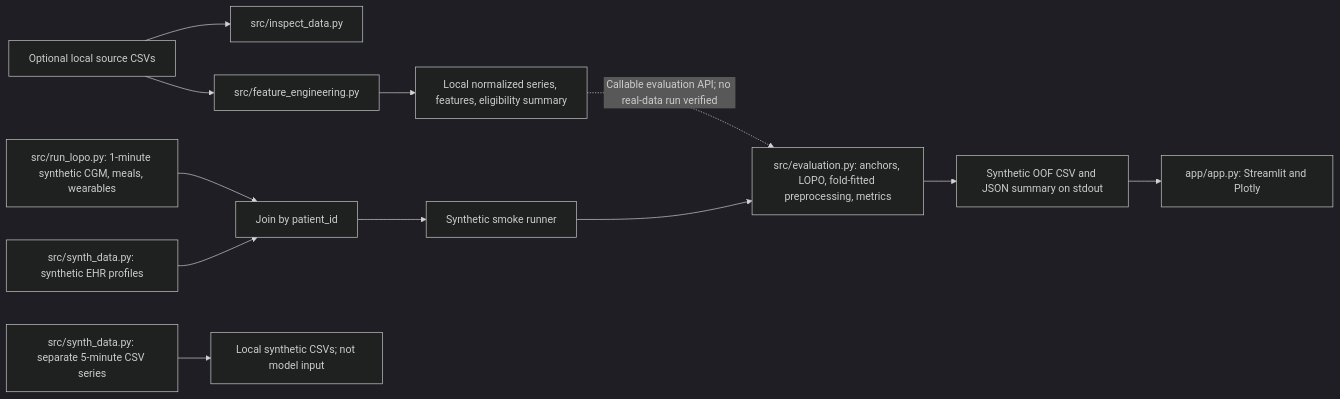
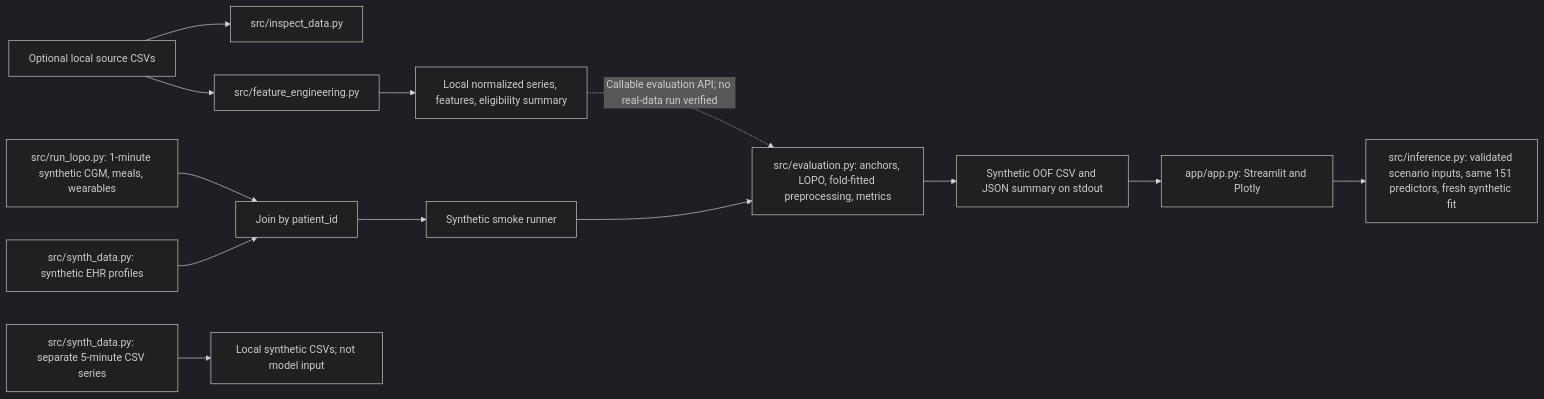
One commit to AP24110011041/glucotwin-india changed the diagram in docs/competition_submission.md. Above: the diagram before and after it, drawn with Mermaid (dark theme). The commit also changed other lines of this file and 42 other files, not shown here.

Commit message:
Add synthetic scenario inference and finalize submission package

````diff
--- a/docs/competition_submission.md
+++ b/docs/competition_submission.md
@@ -7,14 +7,15 @@
 ```mermaid
 flowchart LR
     Source["Optional local source CSVs"] --> Inspect["src/inspect_data.py"]
     Source --> Engineer["src/feature_engineering.py"]
     Engineer --> LocalFeatures["Local normalized series, features, eligibility summary"]
     Profiles["src/synth_data.py: synthetic EHR profiles"] --> Join["Join by patient_id"]
     Dynamic["src/run_lopo.py: 1-minute synthetic CGM, meals, wearables"] --> Join
     Join --> Runner["Synthetic smoke runner"]
     Generator["src/synth_data.py: separate 5-minute CSV series"] --> SyntheticFiles["Local synthetic CSVs; not model input"]
     Runner --> Eval["src/evaluation.py: anchors, LOPO, fold-fitted preprocessing, metrics"]
     Eval --> Artifacts["Synthetic OOF CSV and JSON summary on stdout"]
     Artifacts --> Dashboard["app/app.py: Streamlit and Plotly"]
+    Dashboard --> Scenario["src/inference.py: validated scenario inputs, same 151 predictors, fresh synthetic fit"]
     LocalFeatures -. "Callable evaluation API; no real-data run verified" .-> Eval
 ```
````
